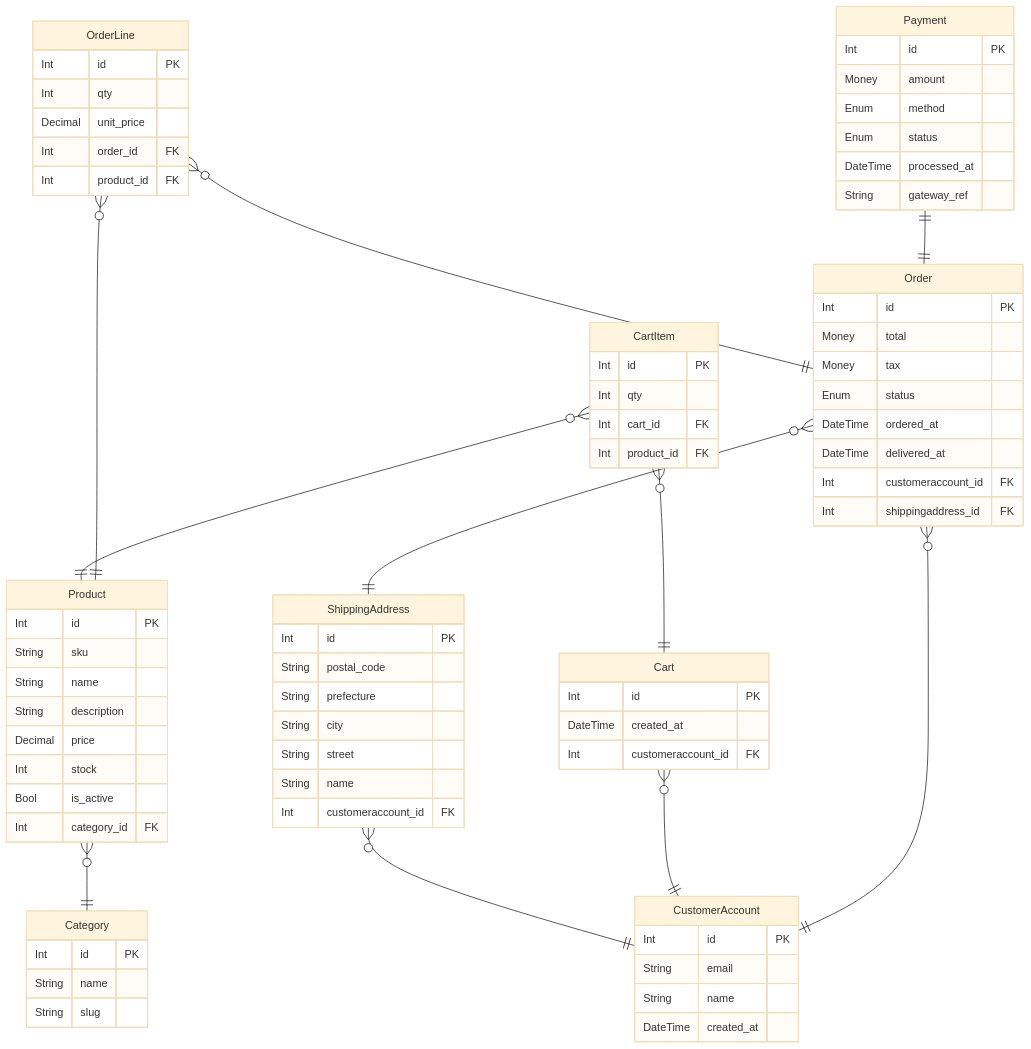
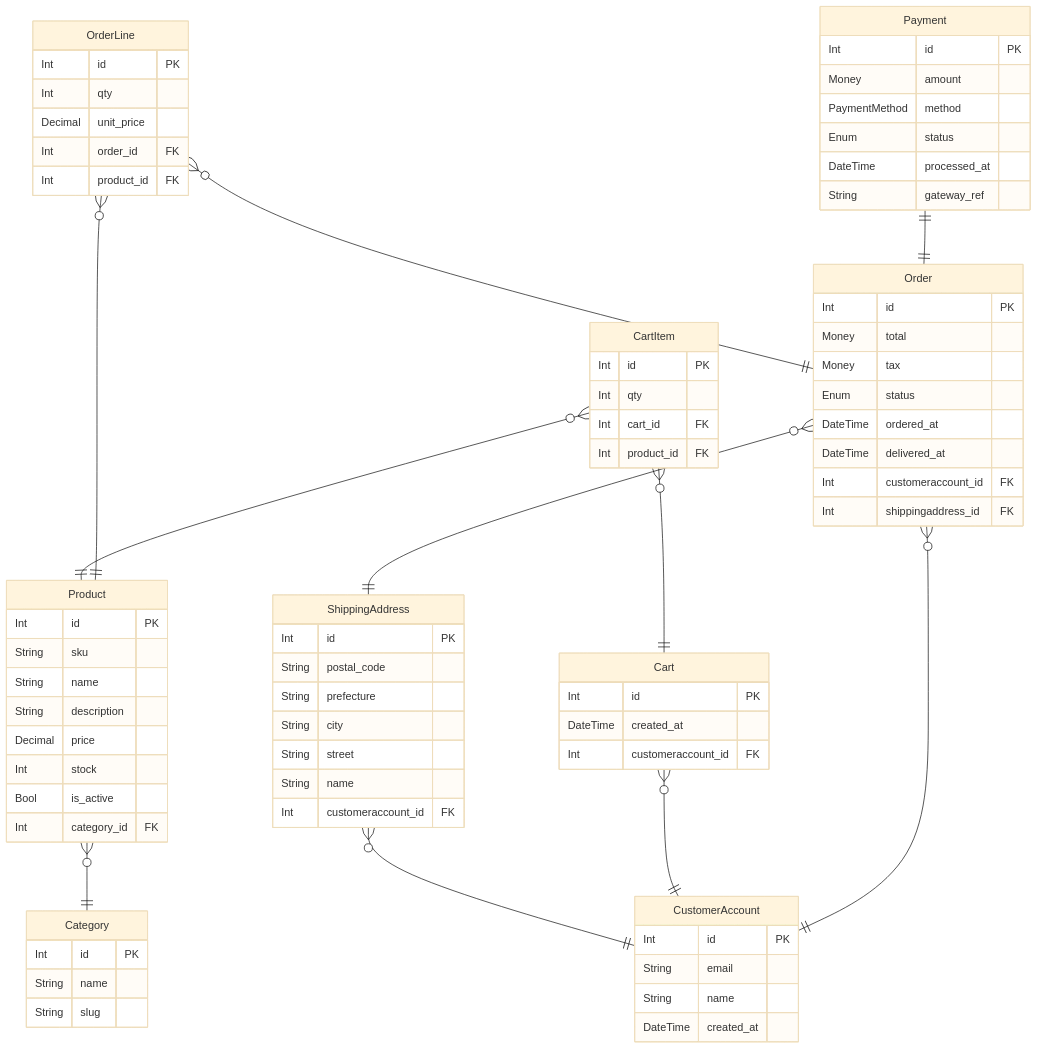
One commit to manji-0/rdra-ish-dsl changed the diagram in samples/ec-site/out/er.mmd. Above: the diagram before and after it, drawn with Mermaid (base theme). The commit also changed 12 other files, not shown here.

```diff
--- a/samples/ec-site/out/er.mmd
+++ b/samples/ec-site/out/er.mmd
@@ -1,77 +1,77 @@
 erDiagram
   Cart {
     Int id PK
     DateTime created_at
     Int customeraccount_id FK
   }
   CartItem {
     Int id PK
     Int qty
     Int cart_id FK
     Int product_id FK
   }
   Category {
     Int id PK
     String name
     String slug
   }
   CustomerAccount {
     Int id PK
     String email
     String name
     DateTime created_at
   }
   Order {
     Int id PK
     Money total
     Money tax
     Enum status
     DateTime ordered_at
     DateTime delivered_at
     Int customeraccount_id FK
     Int shippingaddress_id FK
   }
   OrderLine {
     Int id PK
     Int qty
     Decimal unit_price
     Int order_id FK
     Int product_id FK
   }
   Payment {
     Int id PK
     Money amount
-    Enum method
+    PaymentMethod method
     Enum status
     DateTime processed_at
     String gateway_ref
   }
   Product {
     Int id PK
     String sku
     String name
     String description
     Decimal price
     Int stock
     Bool is_active
     Int category_id FK
   }
   ShippingAddress {
     Int id PK
     String postal_code
     String prefecture
     String city
     String street
     String name
     Int customeraccount_id FK
   }
   Product }o--|| Category : ""
   ShippingAddress }o--|| CustomerAccount : ""
   Cart }o--|| CustomerAccount : ""
   CartItem }o--|| Product : ""
   CartItem }o--|| Cart : ""
   Order }o--|| CustomerAccount : ""
   Order }o--|| ShippingAddress : ""
   OrderLine }o--|| Product : ""
   OrderLine }o--|| Order : ""
   Payment ||--|| Order : ""
```
